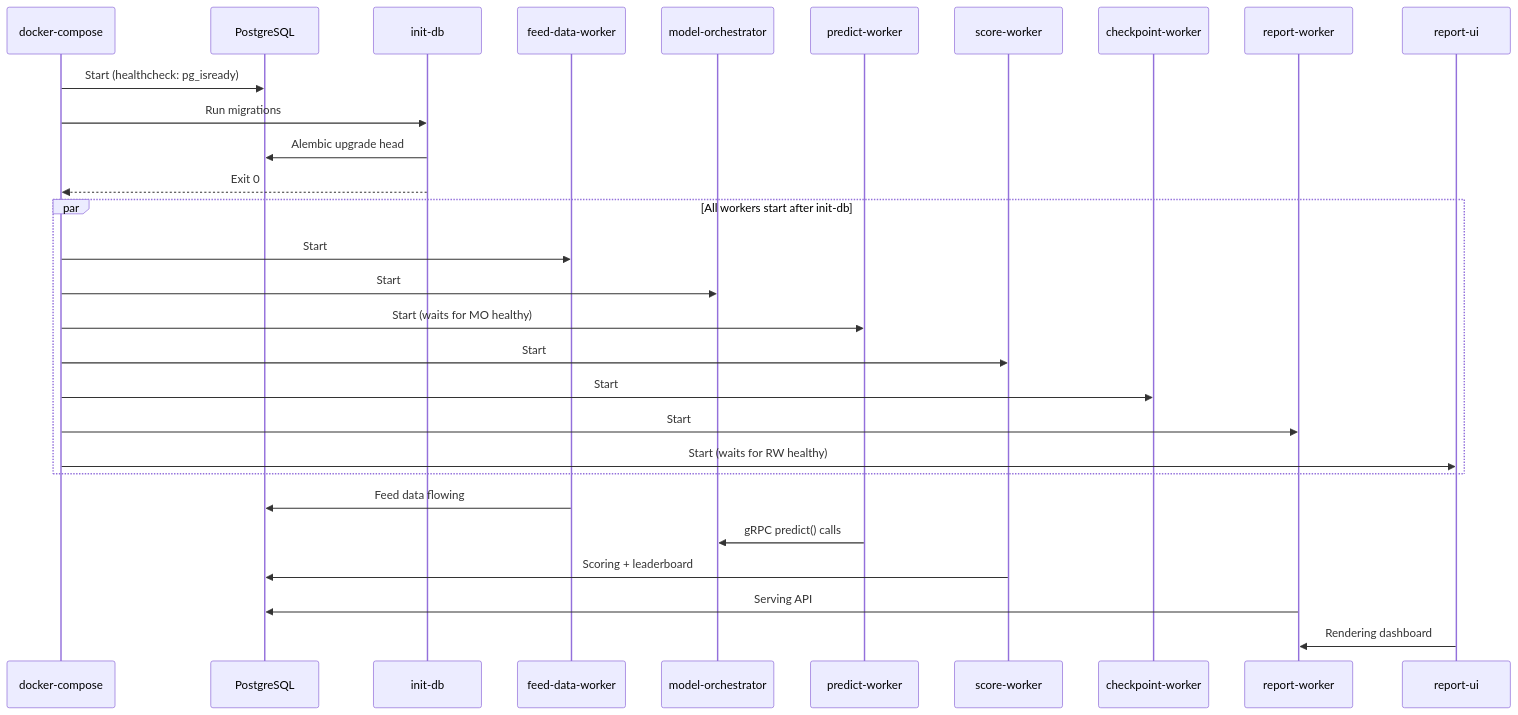
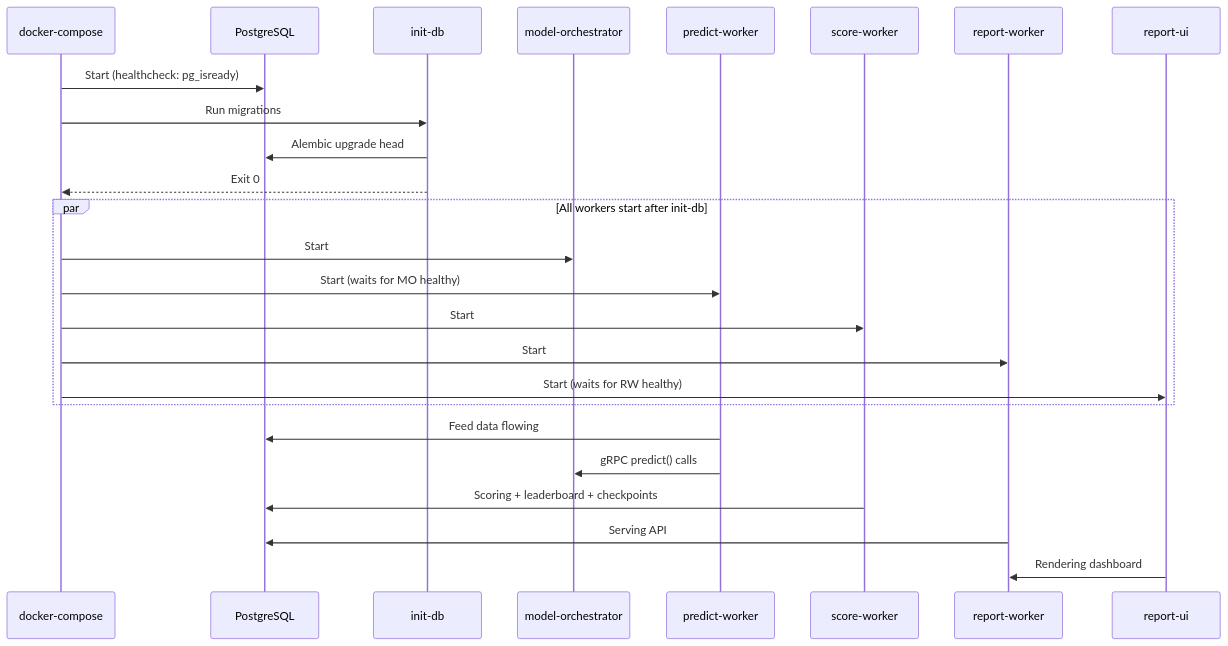
One commit to crunchdao/crunch-node-starter changed the second of 2 diagrams in docs/deployment.md. Above: the diagram before and after it, drawn with Mermaid. The commit also changed other lines of this file and 24 other files, not shown here.

First line of the commit message:
Rename coordinator-node → crunch-node and remove stale feed/checkpoint worker refs

````diff
--- a/docs/deployment.md
+++ b/docs/deployment.md
@@ -123,34 +117,30 @@
 ```mermaid
 sequenceDiagram
     participant DC as docker-compose
     participant PG as PostgreSQL
     participant INIT as init-db
-    participant FDW as feed-data-worker
     participant MO as model-orchestrator
     participant PW as predict-worker
     participant SW as score-worker
-    participant CW as checkpoint-worker
     participant RW as report-worker
     participant UI as report-ui
 
     DC->>PG: Start (healthcheck: pg_isready)
     DC->>INIT: Run migrations
     INIT->>PG: Alembic upgrade head
     INIT-->>DC: Exit 0
 
     par All workers start after init-db
-        DC->>FDW: Start
         DC->>MO: Start
         DC->>PW: Start (waits for MO healthy)
         DC->>SW: Start
-        DC->>CW: Start
         DC->>RW: Start
         DC->>UI: Start (waits for RW healthy)
     end
 
-    FDW->>PG: Feed data flowing
+    PW->>PG: Feed data flowing
     PW->>MO: gRPC predict() calls
-    SW->>PG: Scoring + leaderboard
+    SW->>PG: Scoring + leaderboard + checkpoints
     RW->>PG: Serving API
     UI->>RW: Rendering dashboard
 ```
````
